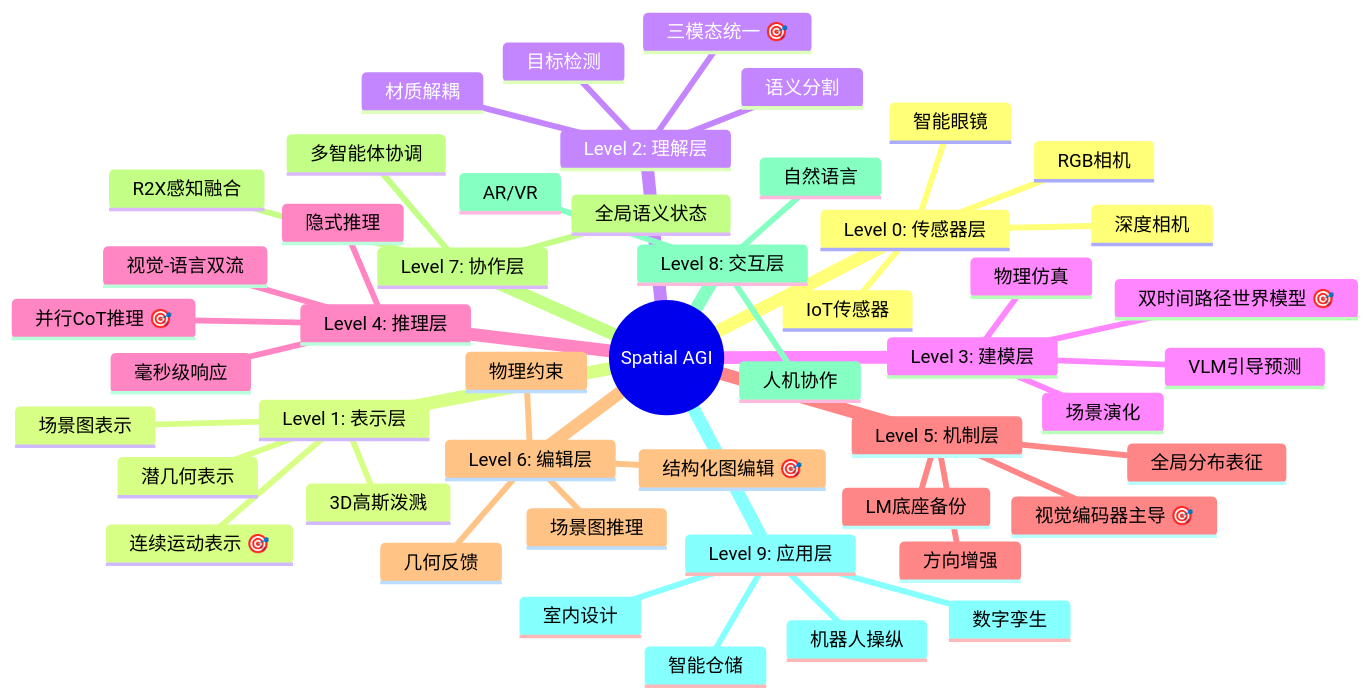
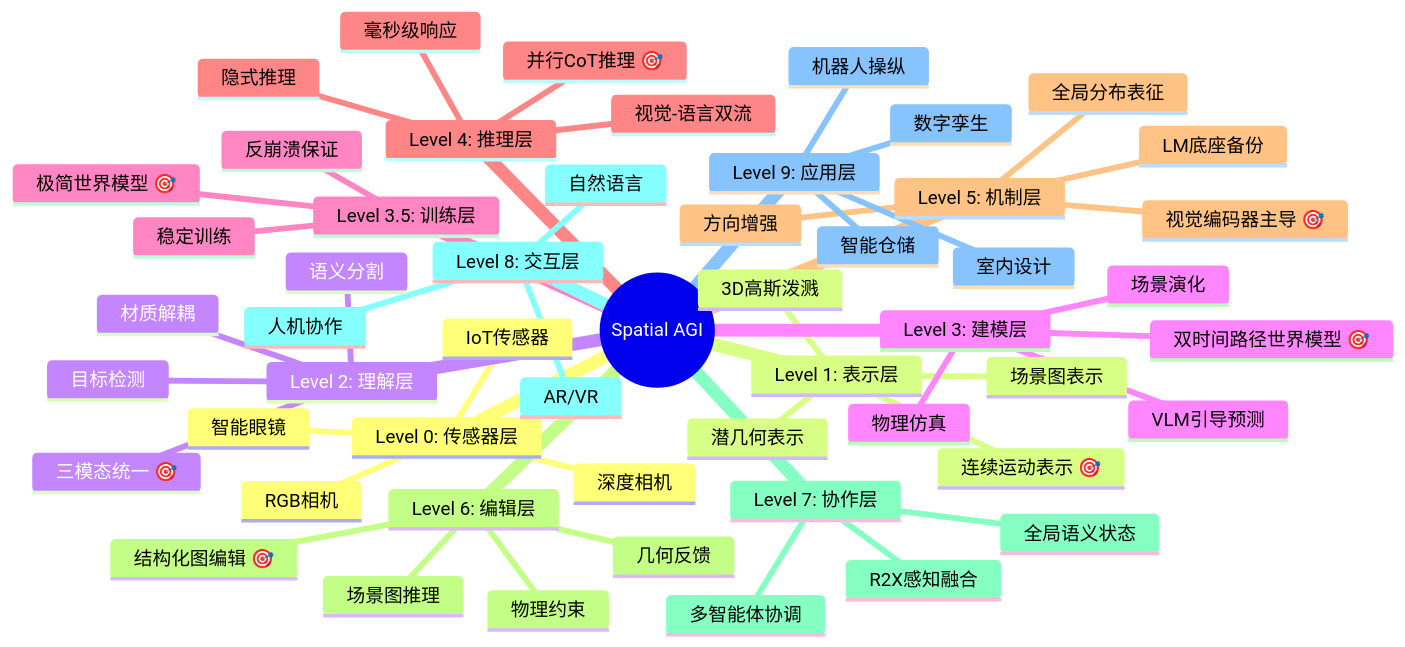
The second of 3 diagrams in daily_thinking/2026-03-25.md (ahangchen/spatial_agi), drawn with Mermaid before and after one commit. The commit also changed other lines of this file and 2 other files, not shown here.

````diff
--- a/daily_thinking/2026-03-25.md
+++ b/daily_thinking/2026-03-25.md
@@ -462,52 +522,56 @@
 ```mermaid
 mindmap
   root((Spatial AGI))
     Level 0: 传感器层
       RGB相机
       深度相机
       IoT传感器
       智能眼镜
     Level 1: 表示层
       连续运动表示 🎯
       潜几何表示
       场景图表示
       3D高斯泼溅
     Level 2: 理解层
       三模态统一 🎯
       语义分割
       目标检测
       材质解耦
     Level 3: 建模层
       双时间路径世界模型 🎯
       VLM引导预测
       场景演化
       物理仿真
+    Level 3.5: 训练层
+      极简世界模型 🎯
+      稳定训练
+      反崩溃保证
     Level 4: 推理层
       并行CoT推理 🎯
       视觉-语言双流
       毫秒级响应
       隐式推理
     Level 5: 机制层
       视觉编码器主导 🎯
       LM底座备份
       全局分布表征
       方向增强
     Level 6: 编辑层
       结构化图编辑 🎯
       场景图推理
       几何反馈
       物理约束
     Level 7: 协作层
       多智能体协调
       R2X感知融合
       全局语义状态
     Level 8: 交互层
       人机协作
       自然语言
       AR/VR
     Level 9: 应用层
       机器人操纵
       智能仓储
       室内设计
       数字孪生
 ```
````
